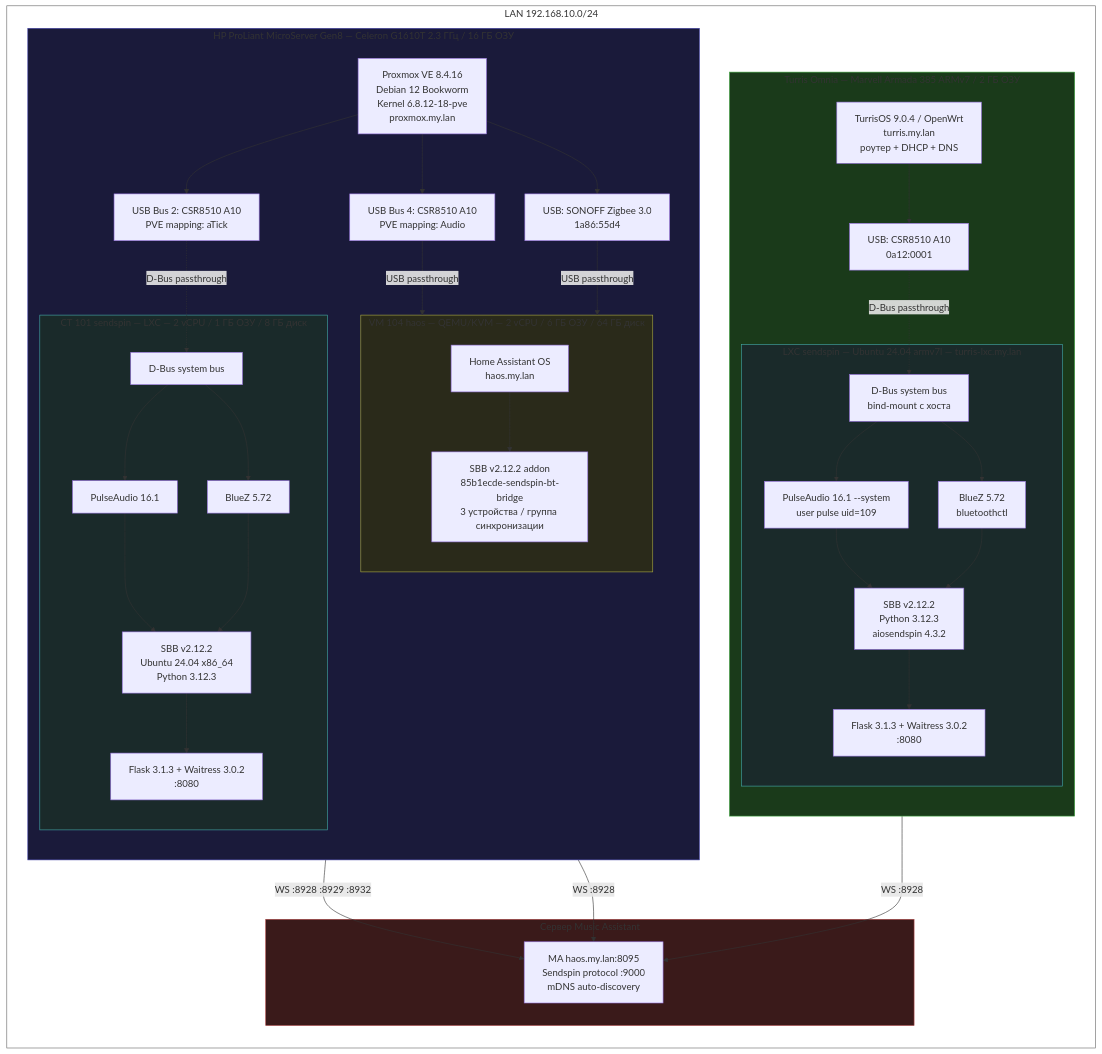
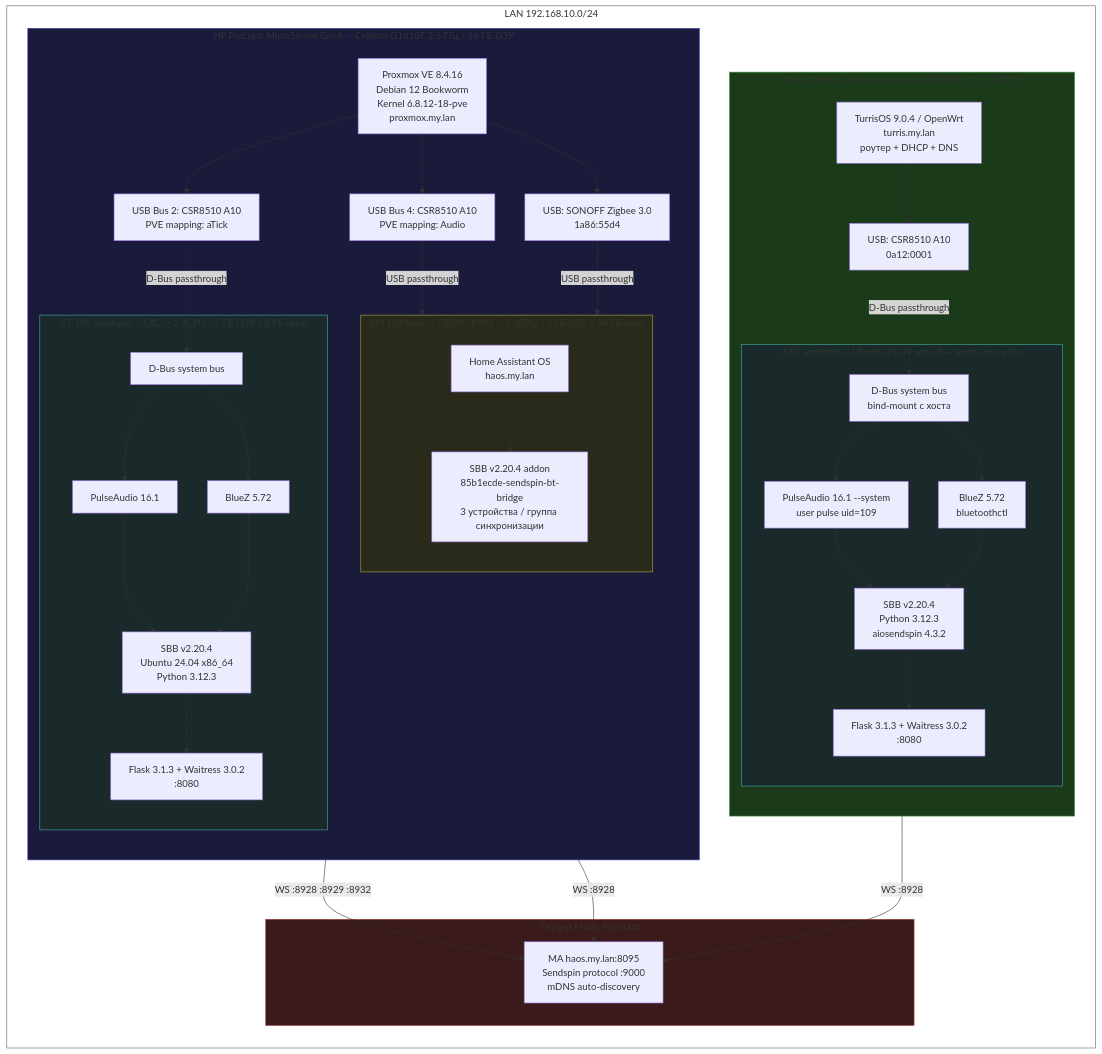
Before and after one commit to trudenboy/sendspin-bt-bridge: the first of 3 diagrams in docs-site/src/content/docs/ru/test-stand.md, drawn with Mermaid. The commit also changed other lines of this file and 19 other files, not shown here.

````diff
--- a/docs-site/src/content/docs/ru/test-stand.md
+++ b/docs-site/src/content/docs/ru/test-stand.md
@@ -10,76 +10,76 @@
 ```mermaid
 graph TB
     subgraph net["LAN 192.168.10.0/24"]
         direction TB
 
         subgraph turris["Turris Omnia — Marvell Armada 385 ARMv7 / 2 ГБ ОЗУ"]
             direction TB
             T_HOST["TurrisOS 9.0.4 / OpenWrt<br/>turris.my.lan<br/>роутер + DHCP + DNS"]
             T_USB["USB: CSR8510 A10<br/>0a12:0001"]
             subgraph T_LXC["LXC sendspin — Ubuntu 24.04 armv7l — turris-lxc.my.lan"]
                 T_DBUS["D-Bus system bus<br/>bind-mount с хоста"]
                 T_PA["PulseAudio 16.1 --system<br/>user pulse uid=109"]
                 T_BLUEZ["BlueZ 5.72<br/>bluetoothctl"]
-                T_SBB["SBB v2.12.2<br/>Python 3.12.3<br/>aiosendspin 4.3.2"]
+                T_SBB["SBB v2.20.4<br/>Python 3.12.3<br/>aiosendspin 4.3.2"]
                 T_WEB["Flask 3.1.3 + Waitress 3.0.2<br/>:8080"]
                 T_DBUS --> T_BLUEZ
                 T_DBUS --> T_PA
                 T_PA --> T_SBB
                 T_BLUEZ --> T_SBB
                 T_SBB --> T_WEB
             end
             T_HOST --> T_USB
             T_USB -.->|D-Bus passthrough| T_DBUS
         end
 
         subgraph proxmox["HP ProLiant MicroServer Gen8 — Celeron G1610T 2.3 ГГц / 16 ГБ ОЗУ"]
             direction TB
             P_HOST["Proxmox VE 8.4.16<br/>Debian 12 Bookworm<br/>Kernel 6.8.12-18-pve<br/>proxmox.my.lan"]
             P_USB1["USB Bus 4: CSR8510 A10<br/>PVE mapping: Audio"]
             P_USB2["USB Bus 2: CSR8510 A10<br/>PVE mapping: aTick"]
             P_ZIG["USB: SONOFF Zigbee 3.0<br/>1a86:55d4"]
 
             subgraph P_VM["VM 104 haos — QEMU/KVM — 2 vCPU / 6 ГБ ОЗУ / 64 ГБ диск"]
                 P_HAOS["Home Assistant OS<br/>haos.my.lan"]
-                P_ADDON["SBB v2.12.2 addon<br/>85b1ecde-sendspin-bt-bridge<br/>3 устройства / группа синхронизации"]
+                P_ADDON["SBB v2.20.4 addon<br/>85b1ecde-sendspin-bt-bridge<br/>3 устройства / группа синхронизации"]
                 P_HAOS --> P_ADDON
             end
 
             subgraph P_CT["CT 101 sendspin — LXC — 2 vCPU / 1 ГБ ОЗУ / 8 ГБ диск"]
                 P_DBUS["D-Bus system bus"]
                 P_PA["PulseAudio 16.1"]
                 P_BLUEZ2["BlueZ 5.72"]
-                P_SBB["SBB v2.12.2<br/>Ubuntu 24.04 x86_64<br/>Python 3.12.3"]
+                P_SBB["SBB v2.20.4<br/>Ubuntu 24.04 x86_64<br/>Python 3.12.3"]
                 P_WEB2["Flask 3.1.3 + Waitress 3.0.2<br/>:8080"]
                 P_DBUS --> P_BLUEZ2
                 P_DBUS --> P_PA
                 P_PA --> P_SBB
                 P_BLUEZ2 --> P_SBB
                 P_SBB --> P_WEB2
             end
 
             P_HOST --> P_USB1
             P_HOST --> P_USB2
             P_HOST --> P_ZIG
             P_USB1 -->|USB passthrough| P_VM
             P_USB2 -.->|D-Bus passthrough| P_DBUS
             P_ZIG -->|USB passthrough| P_VM
         end
 
         subgraph ma_box["Сервер Music Assistant"]
             MA["MA haos.my.lan:8095<br/>Sendspin protocol :9000<br/>mDNS auto-discovery"]
         end
     end
 
     P_ADDON -->|"WS :8928 :8929 :8932"| MA
     P_SBB -->|"WS :8928"| MA
     T_SBB -->|"WS :8928"| MA
 
     style net fill:none,stroke:#666
     style turris fill:#1a3a1a,stroke:#4a4
     style proxmox fill:#1a1a3a,stroke:#44a
     style ma_box fill:#3a1a1a,stroke:#a44
     style P_VM fill:#2a2a1a,stroke:#aa4
     style P_CT fill:#1a2a2a,stroke:#4aa
     style T_LXC fill:#1a2a2a,stroke:#4aa
 ```
````
